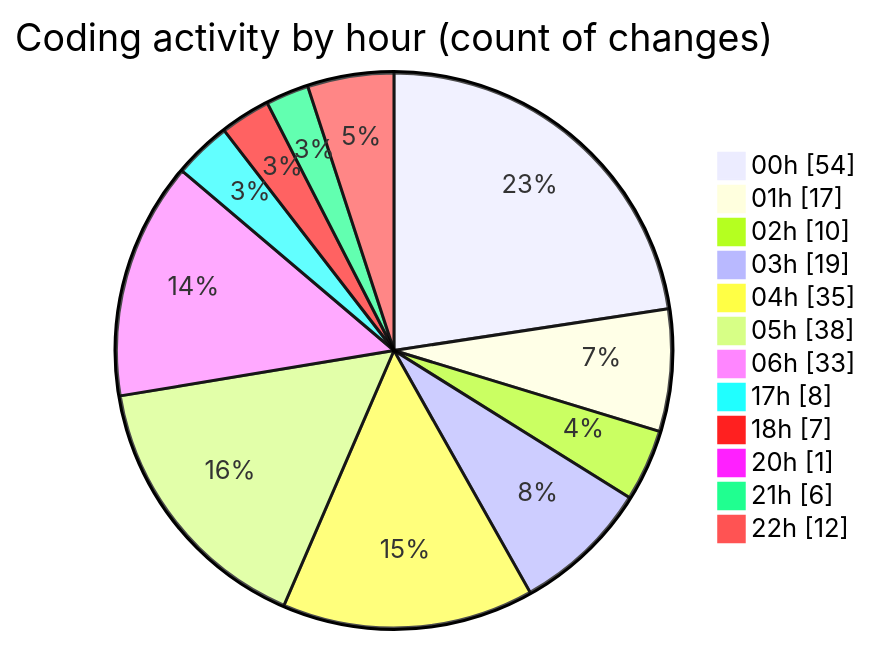
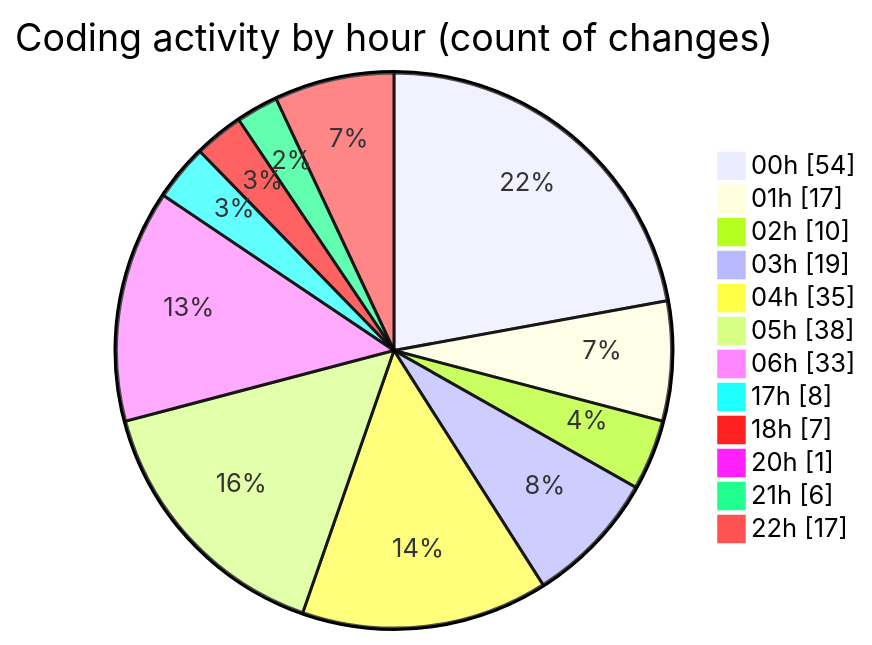
The second of 2 diagrams in 2025-07-26/quanlyrapchieuphim-1/README.md (lephambinh05/code-tracking), drawn with Mermaid before and after one commit. The commit also changed other lines of this file and 1 other file, not shown here.

````diff
--- a/2025-07-26/quanlyrapchieuphim-1/README.md
+++ b/2025-07-26/quanlyrapchieuphim-1/README.md
@@ -53,16 +53,16 @@
 ```mermaid
 pie showData
 title Coding activity by hour (count of changes)
 "00h" : 54
 "01h" : 17
 "02h" : 10
 "03h" : 19
 "04h" : 35
 "05h" : 38
 "06h" : 33
 "17h" : 8
 "18h" : 7
 "20h" : 1
 "21h" : 6
-"22h" : 12
+"22h" : 17
 ```
````
